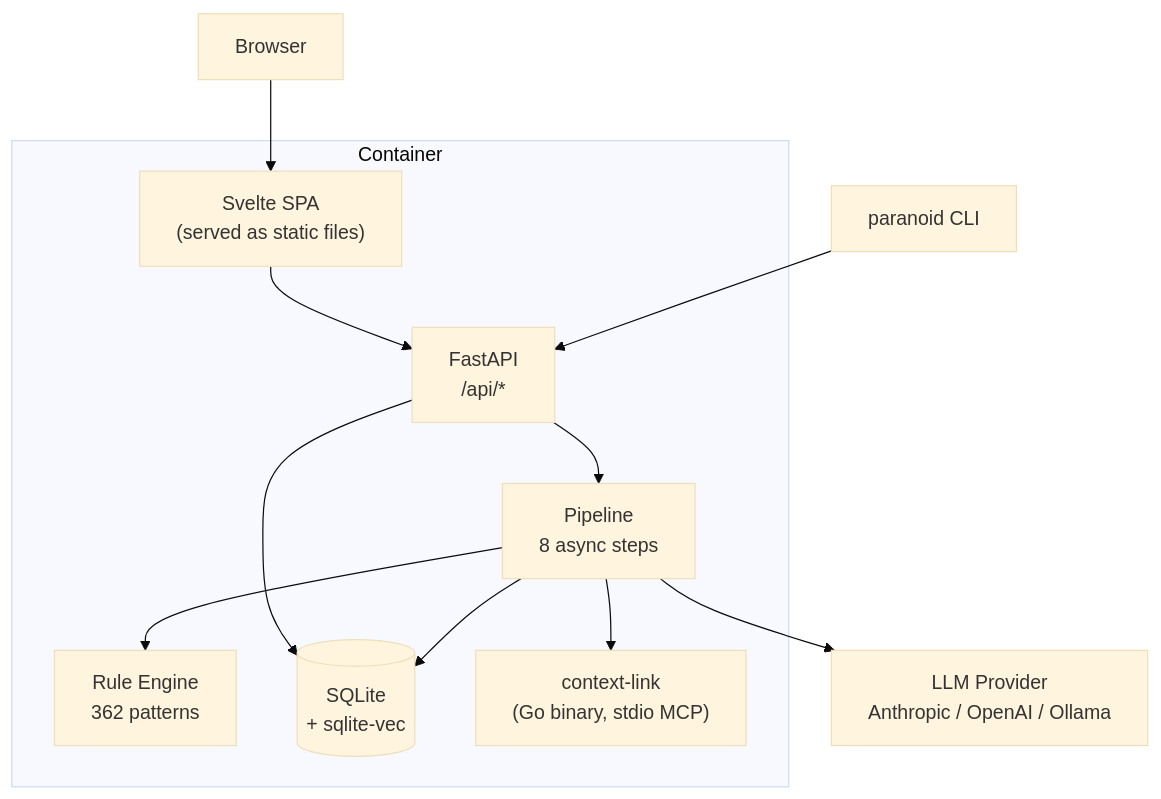
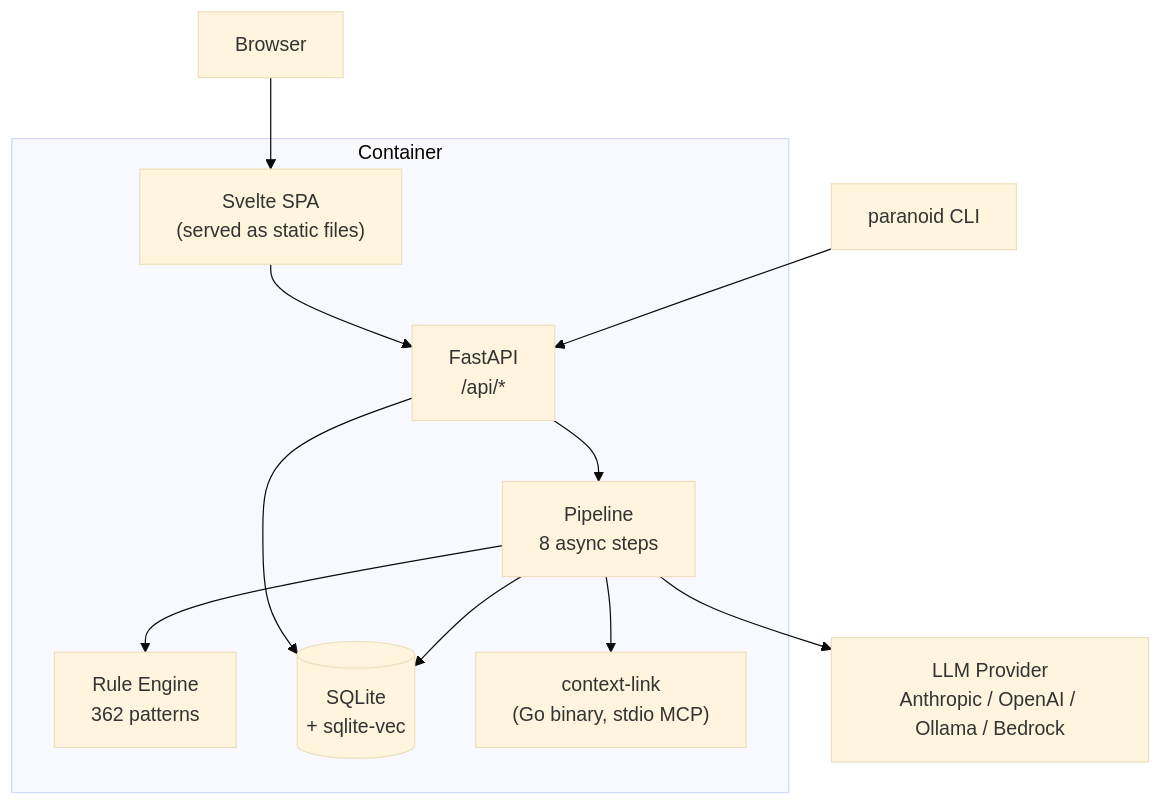
Before and after one commit to theAstiv/paranoid: the diagram in docs/architecture.md, drawn with Mermaid (base theme). The commit also changed other lines of this file and 6 other files, not shown here.

````diff
--- a/docs/architecture.md
+++ b/docs/architecture.md
@@ -7,21 +7,21 @@
 ```mermaid
 graph TD
     subgraph Container
         FE["Svelte SPA\n(served as static files)"]
         API["FastAPI\n/api/*"]
         Pipeline["Pipeline\n8 async steps"]
         Rules["Rule Engine\n362 patterns"]
         DB[("SQLite\n+ sqlite-vec")]
         CL["context-link\n(Go binary, stdio MCP)"]
     end
 
     Browser --> FE
     FE --> API
     CLI["paranoid CLI"] --> API
     API --> Pipeline
     API --> DB
     Pipeline --> Rules
     Pipeline --> DB
     Pipeline --> CL
-    Pipeline --> LLM["LLM Provider\nAnthropic / OpenAI / Ollama"]
+    Pipeline --> LLM["LLM Provider\nAnthropic / OpenAI / Ollama / Bedrock"]
 ```
````
